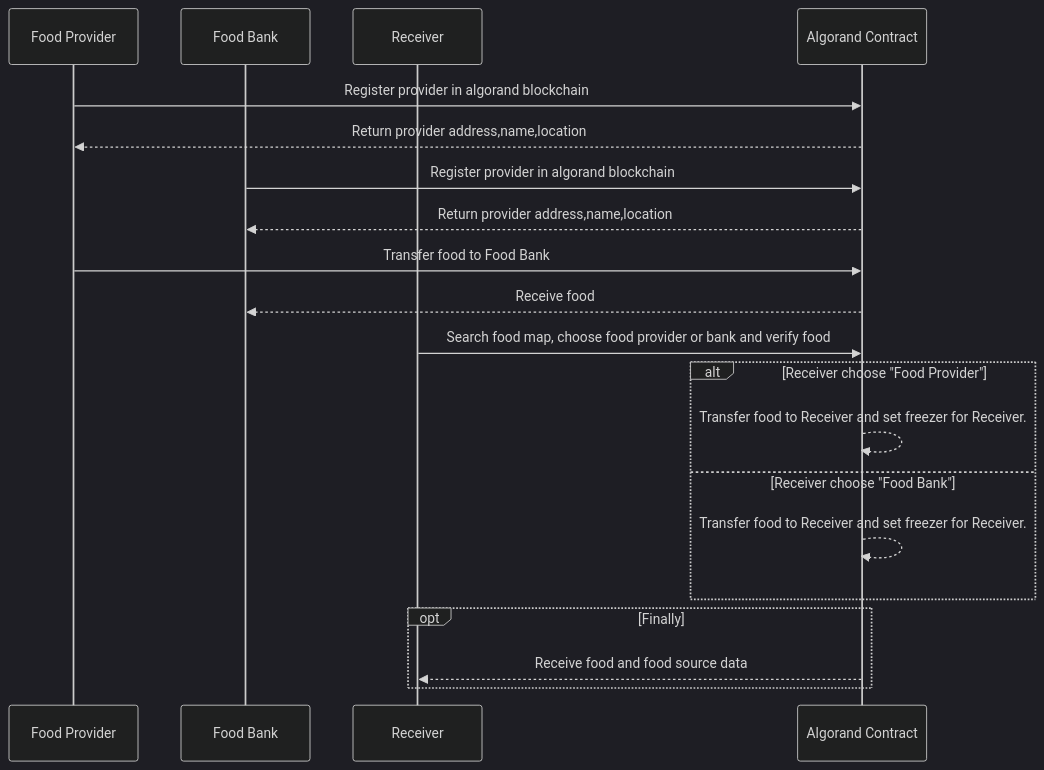
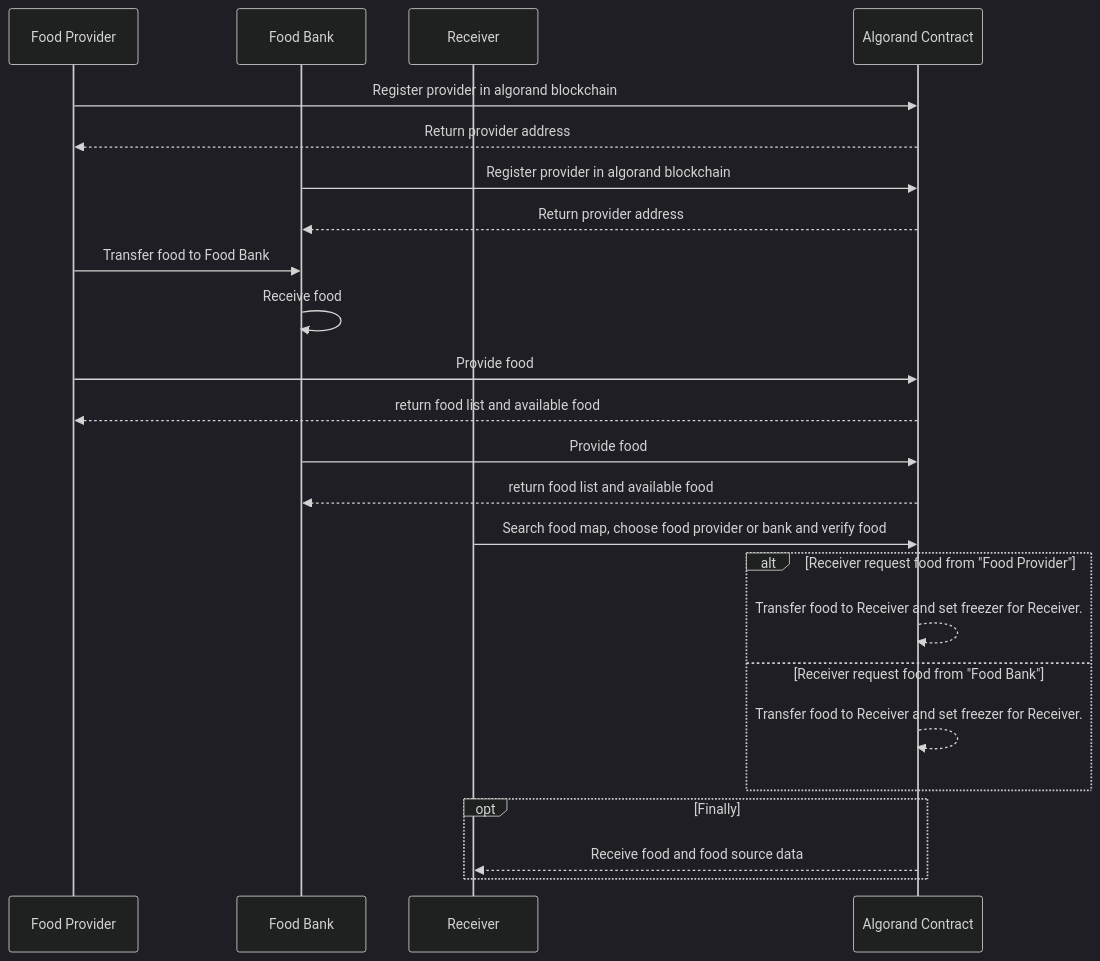
One commit to hollow-leaf/Yakitate changed the diagram in README.md. Above: the diagram before and after it, drawn with Mermaid (dark theme). The commit also changed other lines of this file and 2 other files, not shown here.

````diff
--- a/README.md
+++ b/README.md
@@ -41,24 +43,28 @@
 ```mermaid
-sequenceDiagram
+	sequenceDiagram
 		participant Food Provider
 		participant Food Bank
 		participant Receiver
 		participant Algorand Contract
 
 		Food Provider ->> Algorand Contract: Register provider in algorand blockchain
-		Algorand Contract -->> Food Provider: Return  provider address,name,location
+		Algorand Contract -->> Food Provider: Return  provider address
 		Food Bank ->> Algorand Contract: Register provider in algorand blockchain
-		Algorand Contract -->> Food Bank: Return  provider address,name,location
-		Food Provider ->> Algorand Contract: Transfer food to Food Bank
-		Algorand Contract -->> Food Bank: Receive food
+		Algorand Contract -->> Food Bank: Return  provider address
+		Food Provider ->> Food Bank: Transfer food to Food Bank
+		Food Bank ->>　Food Bank: Receive food
+		Food Provider ->>Algorand Contract: Provide food
+		Algorand Contract -->> Food Provider: return food list and available food
+		Food Bank ->>Algorand Contract: Provide food
+		Algorand Contract -->> Food Bank: return food list and available food
+		
 		Receiver ->> Algorand Contract: Search food map, choose food provider or bank and verify food
-		alt Receiver choose "Food Provider"
+		alt Receiver request food from "Food Provider"
 			Algorand Contract -->> Algorand Contract: Transfer food to Receiver and set freezer for Receiver.
-		else Receiver choose "Food Bank"
+		else Receiver request food from "Food Bank"
 		Algorand Contract -->> Algorand Contract: Transfer food to Receiver and set freezer for Receiver.
 		end
 		opt Finally 
 		Algorand Contract -->> Receiver: Receive food and food source data
-		end	
-
+		end
 ```
````
